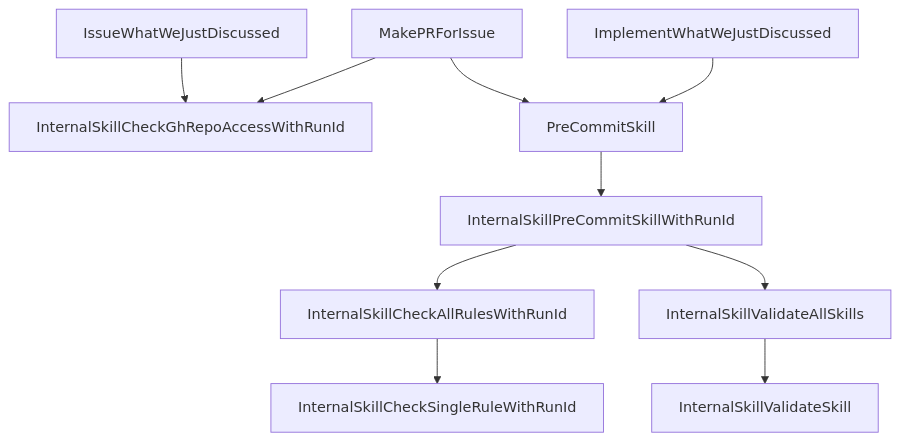
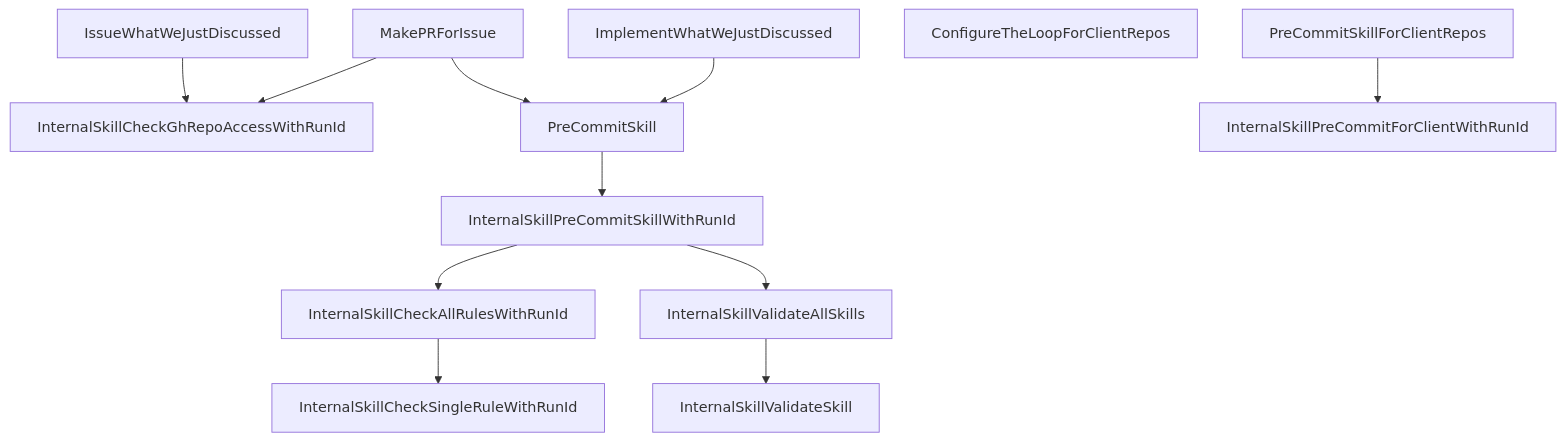
The diagram in .theloop/VIZ.md (dkorolev/theloop), drawn with Mermaid before and after one commit. The commit also changed other lines of this file and 28 other files, not shown here.

First line of the commit message:
Add theloopify and client-repo skill bundle for #1

````diff
--- a/.theloop/VIZ.md
+++ b/.theloop/VIZ.md
@@ -38,13 +42,15 @@
 ```mermaid
 graph TD
     InternalSkillCheckGhRepoAccessWithRunId["InternalSkillCheckGhRepoAccessWithRunId"]
     IssueWhatWeJustDiscussed["IssueWhatWeJustDiscussed"] --> InternalSkillCheckGhRepoAccessWithRunId
     MakePRForIssue["MakePRForIssue"] --> InternalSkillCheckGhRepoAccessWithRunId
     MakePRForIssue --> PreCommitSkill["PreCommitSkill"]
     ImplementWhatWeJustDiscussed["ImplementWhatWeJustDiscussed"] --> PreCommitSkill["PreCommitSkill"]
     PreCommitSkill --> InternalSkillPreCommitSkillWithRunId["InternalSkillPreCommitSkillWithRunId"]
     InternalSkillPreCommitSkillWithRunId --> InternalSkillCheckAllRulesWithRunId["InternalSkillCheckAllRulesWithRunId"]
     InternalSkillPreCommitSkillWithRunId --> InternalSkillValidateAllSkills["InternalSkillValidateAllSkills"]
     InternalSkillCheckAllRulesWithRunId --> InternalSkillCheckSingleRuleWithRunId["InternalSkillCheckSingleRuleWithRunId"]
     InternalSkillValidateAllSkills --> InternalSkillValidateSkill["InternalSkillValidateSkill"]
+    ConfigureTheLoopForClientRepos["ConfigureTheLoopForClientRepos"]
+    PreCommitSkillForClientRepos["PreCommitSkillForClientRepos"] --> InternalSkillPreCommitForClientWithRunId["InternalSkillPreCommitForClientWithRunId"]
 ```
````
